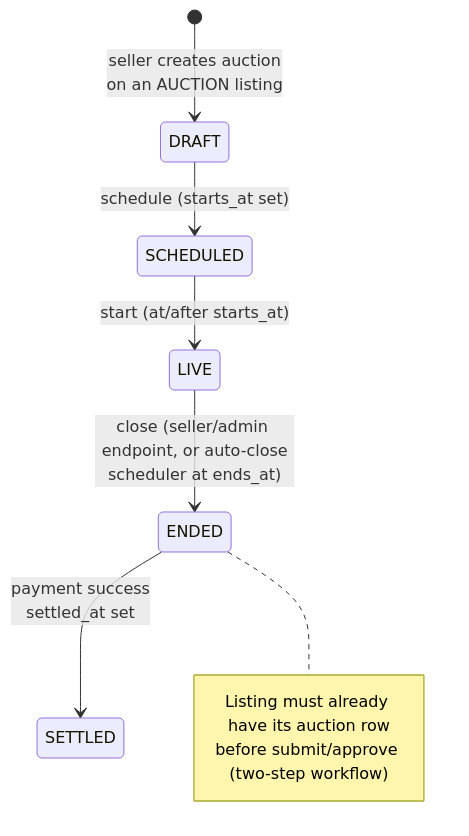
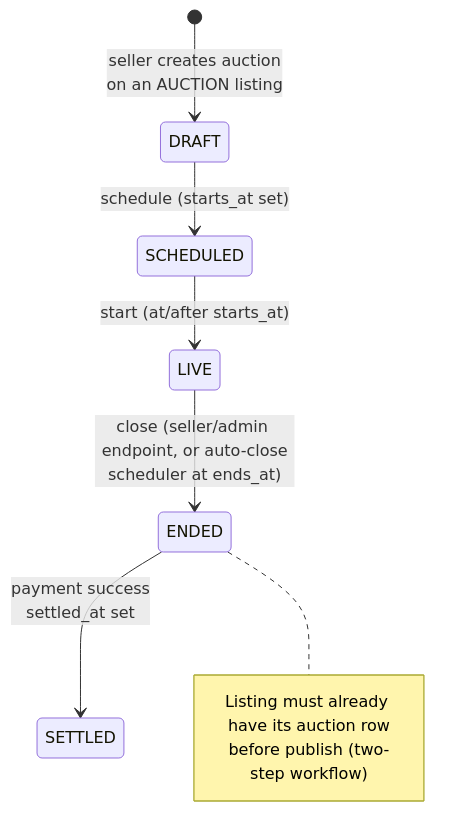
The fourth of 12 diagrams in docs/FLOW.md (tejenderlib/marketplace-platform), drawn with Mermaid before and after one commit. The commit also changed other lines of this file and 94 other files, not shown here.

````diff
--- a/docs/FLOW.md
+++ b/docs/FLOW.md
@@ -83,12 +82,12 @@
 ```mermaid
 stateDiagram-v2
     [*] --> DRAFT: seller creates auction<br/>on an AUCTION listing
     DRAFT --> SCHEDULED: schedule (starts_at set)
     SCHEDULED --> LIVE: start (at/after starts_at)
     LIVE --> ENDED: close (seller/admin endpoint, or auto-close<br/>scheduler at ends_at)
     ENDED --> SETTLED: payment success<br/>settled_at set
     note right of ENDED
         Listing must already have its auction row
-        before submit/approve (two-step workflow)
+        before publish (two-step workflow)
     end note
 ```
````
